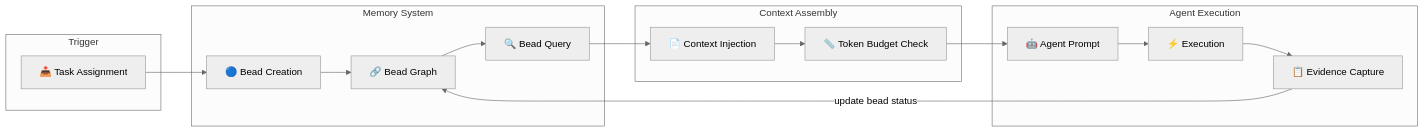
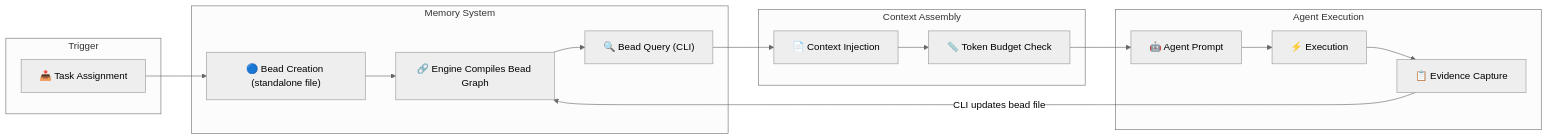
Before and after one commit to VINYASGM/antiskills: the third of 6 diagrams in Architecture.md, drawn with Mermaid (neutral theme). The commit also changed other lines of this file and 11 other files, not shown here.

Commit message:
feat: implement Veyra Core CLI Engine & decentralized beads

````diff
--- a/Architecture.md
+++ b/Architecture.md
@@ -129,33 +129,33 @@
 ```mermaid
 graph LR
     subgraph TRIGGER["Trigger"]
         T["📥 Task Assignment"]
     end
-
+ 
     subgraph MEMORY["Memory System"]
-        BC["🔵 Bead Creation"]
-        BG["🔗 Bead Graph"]
-        BQ["🔍 Bead Query"]
+        BC["🔵 Bead Creation (standalone file)"]
+        BG["🔗 Engine Compiles Bead Graph"]
+        BQ["🔍 Bead Query (CLI)"]
     end
-
+ 
     subgraph CONTEXT["Context Assembly"]
         CI["📄 Context Injection"]
         TB["📏 Token Budget Check"]
     end
-
+ 
     subgraph AGENT["Agent Execution"]
         AP["🤖 Agent Prompt"]
         EX["⚡ Execution"]
         EV["📋 Evidence Capture"]
     end
-
+ 
     T --> BC
     BC --> BG
     BG --> BQ
     BQ --> CI
     CI --> TB
     TB --> AP
     AP --> EX
     EX --> EV
-    EV -->|"update bead status"| BG
+    EV -->|"CLI updates bead file"| BG
 ```
````
